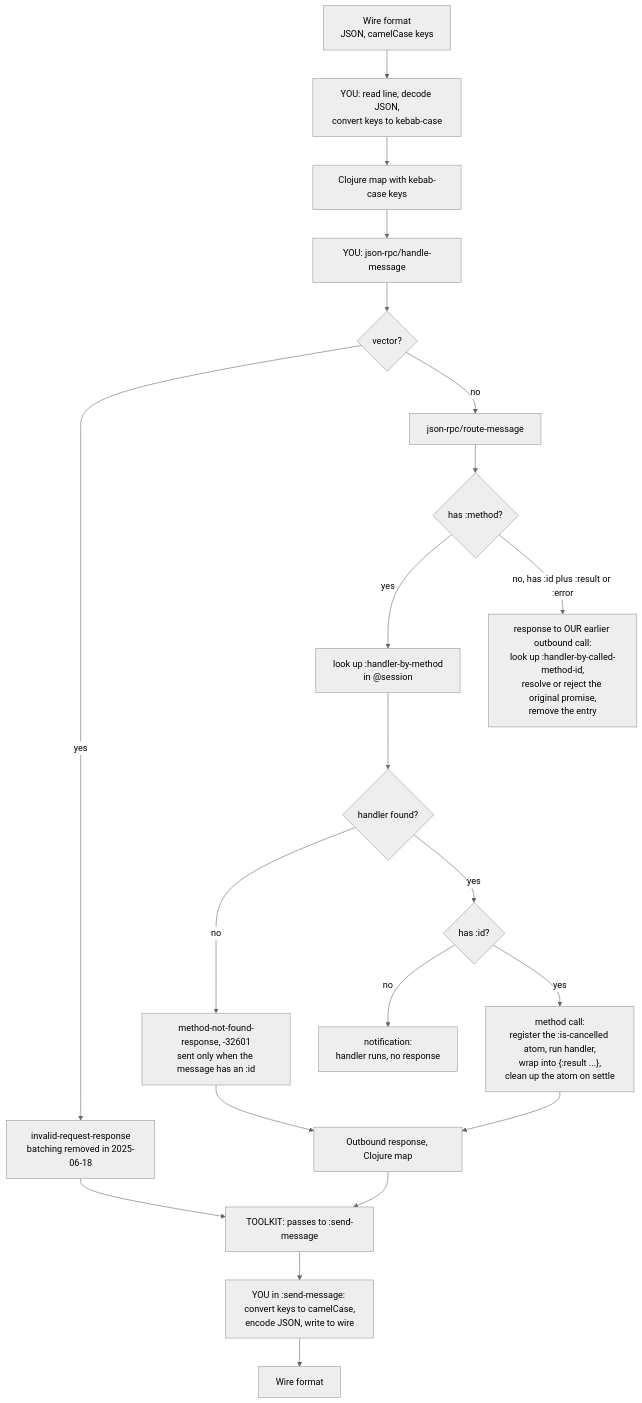
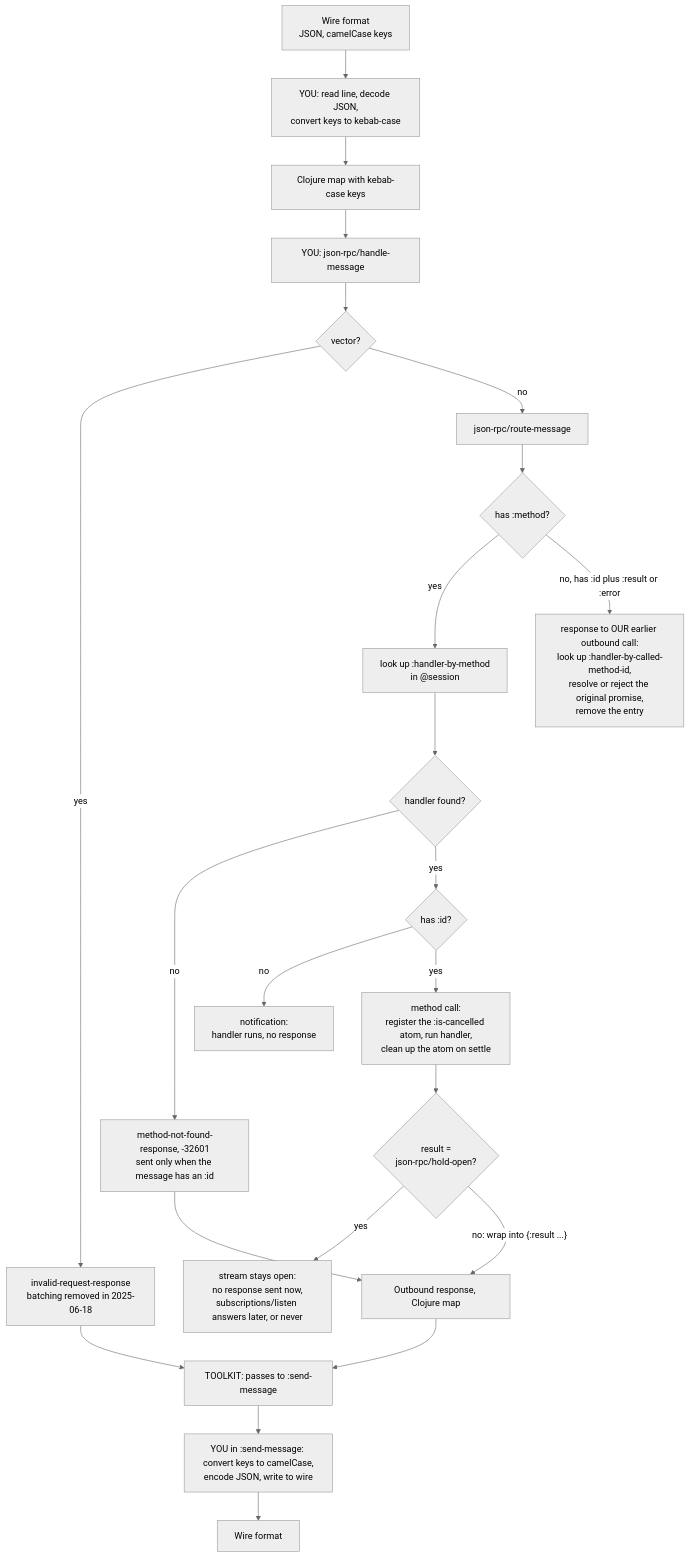
Before and after one commit to b12n-oss/mcp-tkx: the second of 2 diagrams in docs/guide/architecture.md, drawn with Mermaid (neutral theme). The commit also changed other lines of this file, not shown here.

First line of the commit message:
docs(architecture): redraw for the 14 namespaces that exist

````diff
--- a/docs/guide/architecture.md
+++ b/docs/guide/architecture.md
@@ -109,33 +152,37 @@
 ```mermaid
 flowchart TD
   wire["Wire format<br/>JSON, camelCase keys"]
   decode["YOU: read line, decode JSON,<br/>convert keys to kebab-case"]
   cljmap["Clojure map with kebab-case keys"]
   hm["YOU: json-rpc/handle-message"]
   batch{"vector?"}
   invalid["invalid-request-response<br/>batching removed in 2025-06-18"]
   route["json-rpc/route-message"]
   kind{"has :method?"}
   lookup["look up :handler-by-method<br/>in @session"]
   found{"handler found?"}
   nf["method-not-found-response, -32601<br/>sent only when the message has an :id"]
   hasid{"has :id?"}
   notif["notification:<br/>handler runs, no response"]
-  method["method call:<br/>register the :is-cancelled atom, run handler,<br/>wrap into {:result ...},<br/>clean up the atom on settle"]
+  method["method call:<br/>register the :is-cancelled atom, run handler,<br/>clean up the atom on settle"]
+  heldopen{"result =<br/>json-rpc/hold-open?"}
+  held["stream stays open:<br/>no response sent now,<br/>subscriptions/listen answers later, or never"]
   resp["response to OUR earlier outbound call:<br/>look up :handler-by-called-method-id,<br/>resolve or reject the original promise,<br/>remove the entry"]
   out["Outbound response, Clojure map"]
   send["TOOLKIT: passes to :send-message"]
   encode["YOU in :send-message: convert keys to camelCase,<br/>encode JSON, write to wire"]
   wire2["Wire format"]
 
   wire --> decode --> cljmap --> hm --> batch
   batch -->|yes| invalid --> send
   batch -->|no| route --> kind
   kind -->|yes| lookup --> found
   found -->|no| nf --> out
   found -->|yes| hasid
   hasid -->|no| notif
-  hasid -->|yes| method --> out
+  hasid -->|yes| method --> heldopen
+  heldopen -->|yes| held
+  heldopen -->|"no: wrap into {:result ...}"| out
   kind -->|"no, has :id plus :result or :error"| resp
   out --> send --> encode --> wire2
 ```
````
